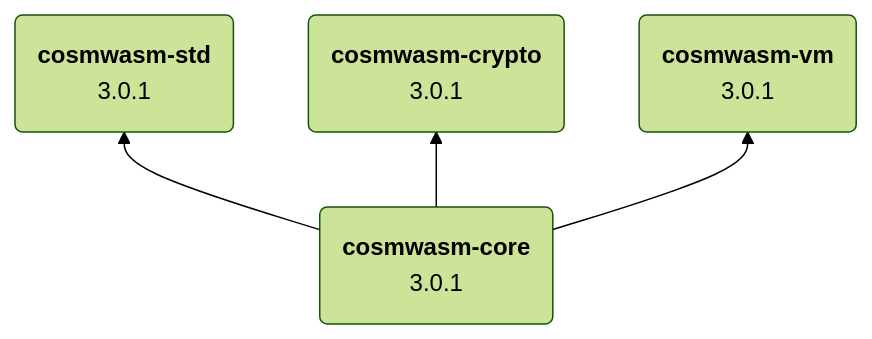
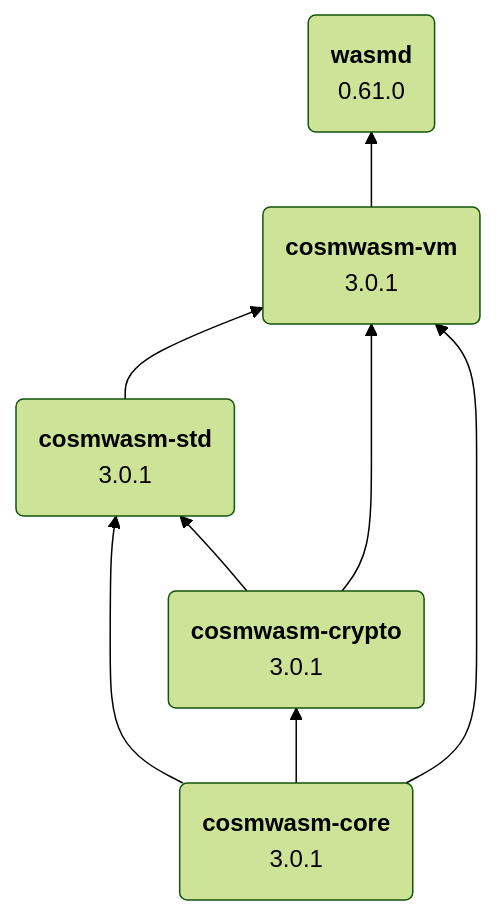
The diagram in dependencies/README.md (DariuszDepta/cosmwasm-notes), drawn with Mermaid before and after one commit.

````diff
--- a/dependencies/README.md
+++ b/dependencies/README.md
@@ -3,23 +3,30 @@
 ```mermaid
 ---
 config:
   theme: 'forest'
 ---
 
 flowchart BT
     A("`**cosmwasm-core**
         3.0.1`")
         
     B("`**cosmwasm-std**
         3.0.1`")
             
     C("`**cosmwasm-crypto**
         3.0.1`")
         
     D("`**cosmwasm-vm**
-        3.0.1`")    
+        3.0.1`")
+        
+    E("`**wasmd**
+        0.61.0`")        
     
     A --> B
     A --> C
     A --> D
+    C --> B
+    C --> D
+    B --> D
+    D --> E
 ```
````
